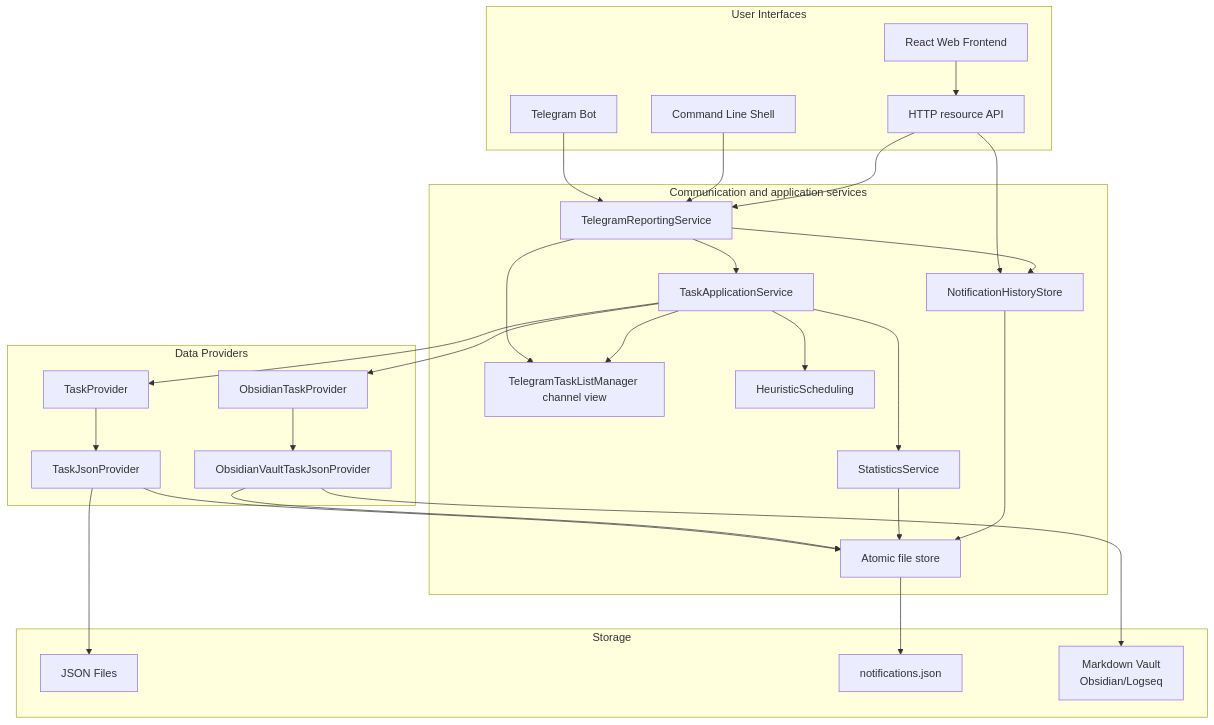
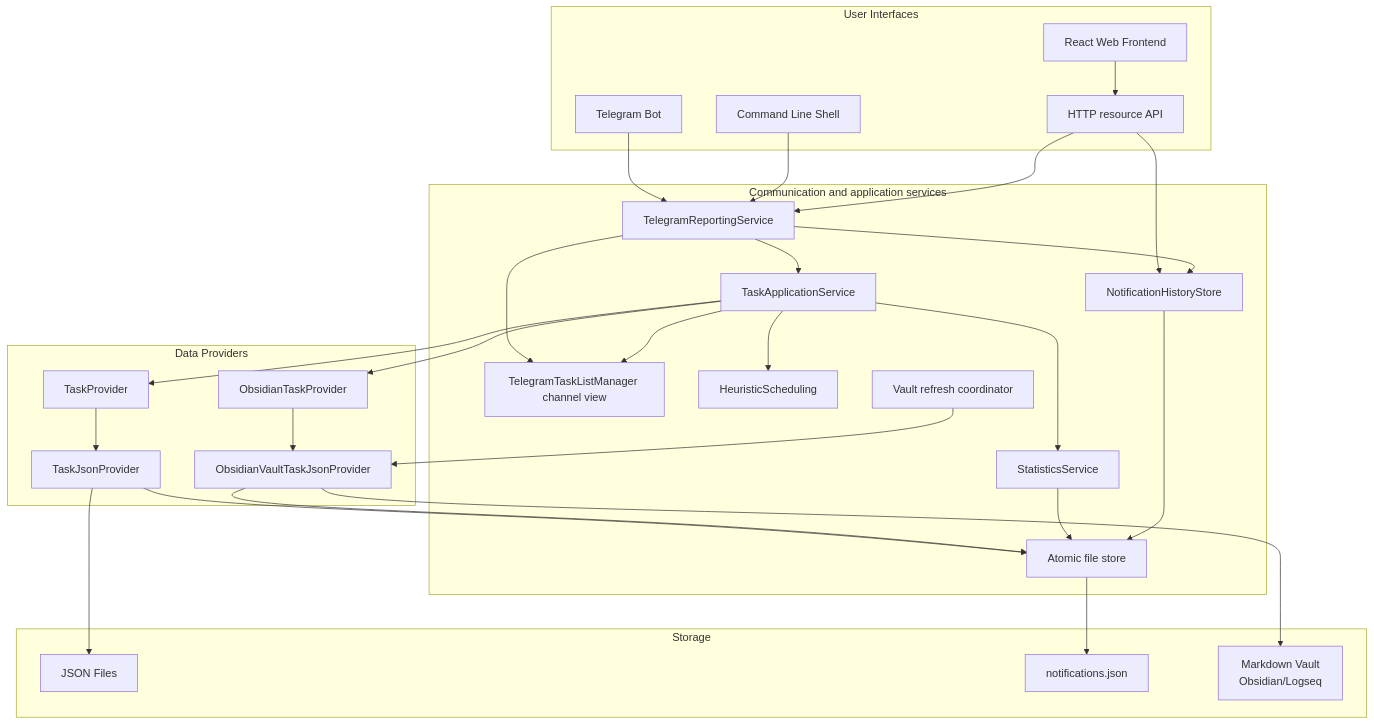
The diagram in ARCHITECTURE.md (ElrikPiro/advanced-task-manager), drawn with Mermaid before and after one commit. The commit also changed other lines of this file and 25 other files, not shown here.

````diff
--- a/ARCHITECTURE.md
+++ b/ARCHITECTURE.md
@@ -9,55 +9,57 @@
 ```mermaid
 graph TB
     subgraph "User Interfaces"
         A[Telegram Bot]
         B[Command Line Shell]
         C[HTTP resource API]
         M[React Web Frontend]
     end
 
     subgraph "Communication and application services"
         D[TelegramReportingService]
         E[TaskApplicationService]
         F[TelegramTaskListManager channel view]
         G[HeuristicScheduling]
         H[StatisticsService]
         P[Atomic file store]
         R[NotificationHistoryStore]
+        S[Vault refresh coordinator]
     end
 
     subgraph "Data Providers"
         I[TaskProvider]
         J[TaskJsonProvider]
         K[ObsidianTaskProvider]
         L[ObsidianVaultTaskJsonProvider]
     end
 
     subgraph "Storage"
         N[JSON Files]
         Q[notifications.json]
         O[Markdown Vault<br/>Obsidian/Logseq]
     end
 
     A --> D
     B --> D
     C --> D
     M --> C
     D --> E
     D --> F
     E --> F
     E --> G
     E --> H
     E --> I
     E --> K
     C --> R
     D --> R
     I --> J
     J --> N
     K --> L
     L --> O
+    S --> L
     J --> P
     L --> P
     H --> P
     R --> P
     P --> Q
 ```
````
